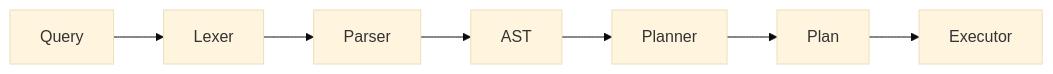
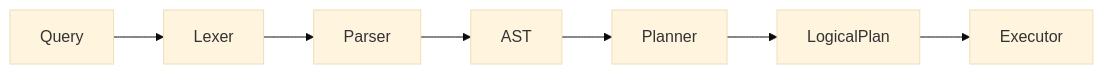
The diagram in src/content/blog/inside_a_query_engine_logical_plan.md (SarthakMakhija/tech-lessons-posts-v2), drawn with Mermaid (base theme) before and after one commit. The commit also changed other lines of this file and 6 other files, not shown here.

````diff
--- a/src/content/blog/inside_a_query_engine_logical_plan.md
+++ b/src/content/blog/inside_a_query_engine_logical_plan.md
@@ -219,4 +216,4 @@
 ```mermaid
 graph LR
-    SQL[Query] --> Lexer --> Parser --> AST --> Planner --> Plan --> Executor
+    SQL[Query] --> Lexer --> Parser --> AST --> Planner --> LogicalPlan --> Executor
 ```
````
